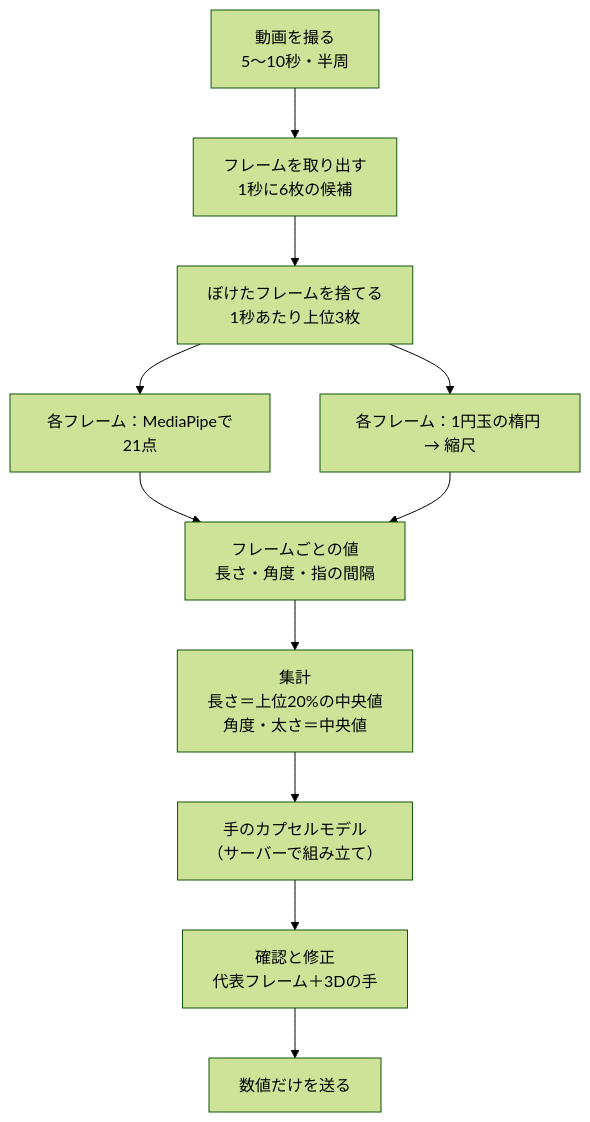
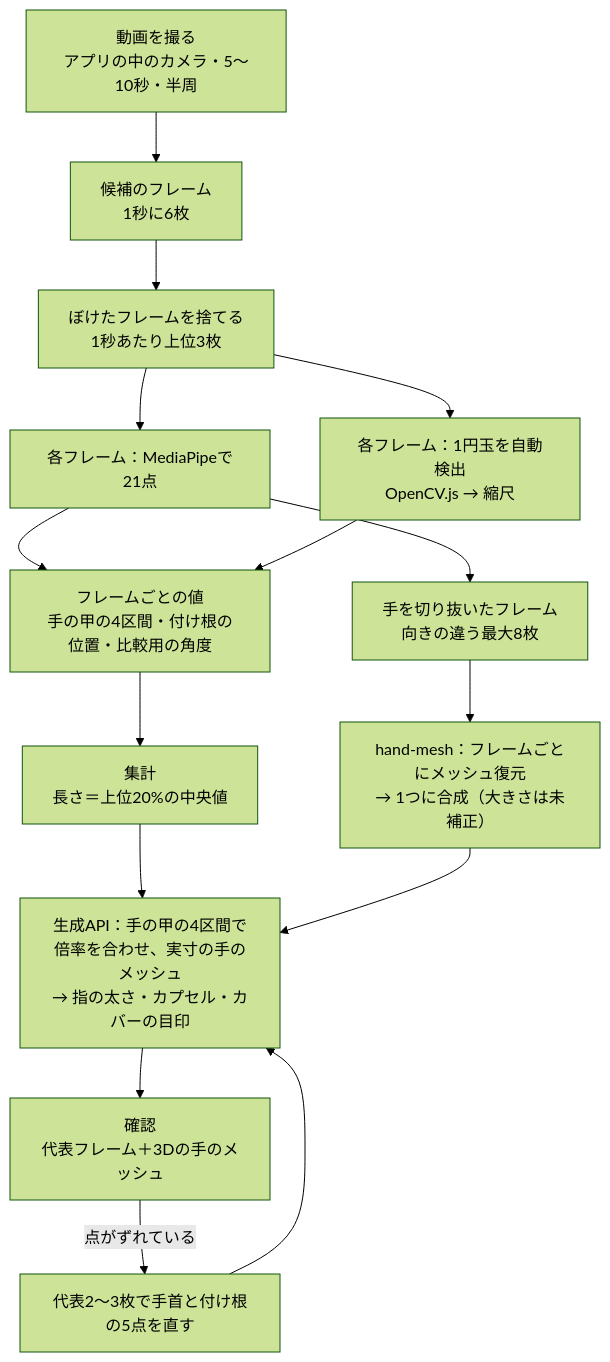
One commit to Devfest-Hackathon-2026/df-2026-t101 changed the first of 2 diagrams in docs/measurement.md. Above: the diagram before and after it, drawn with Mermaid (forest theme). The commit also changed other lines of this file and 21 other files, not shown here.

````diff
--- a/docs/measurement.md
+++ b/docs/measurement.md
@@ -16,12 +16,15 @@
 ```mermaid
 flowchart TD
-  A[動画を撮る<br/>5〜10秒・半周] --> B[フレームを取り出す<br/>1秒に6枚の候補]
+  A[動画を撮る<br/>アプリの中のカメラ・5〜10秒・半周] --> B[候補のフレーム<br/>1秒に6枚]
   B --> C[ぼけたフレームを捨てる<br/>1秒あたり上位3枚]
   C --> D[各フレーム：MediaPipeで21点]
-  C --> E[各フレーム：1円玉の楕円 → 縮尺]
-  D & E --> F[フレームごとの値<br/>長さ・角度・指の間隔]
-  F --> G[集計<br/>長さ＝上位20%の中央値<br/>角度・太さ＝中央値]
-  G --> H[手のカプセルモデル<br/>（サーバーで組み立て）]
-  H --> I[確認と修正<br/>代表フレーム＋3Dの手]
-  I --> J[数値だけを送る]
+  C --> E[各フレーム：1円玉を自動検出<br/>OpenCV.js → 縮尺]
+  D & E --> F[フレームごとの値<br/>手の甲の4区間・付け根の位置・比較用の角度]
+  F --> G[集計<br/>長さ＝上位20%の中央値]
+  D --> H[手を切り抜いたフレーム<br/>向きの違う最大8枚]
+  H --> I[hand-mesh：フレームごとにメッシュ復元<br/>→ 1つに合成（大きさは未補正）]
+  G & I --> J[生成API：手の甲の4区間で倍率を合わせ、実寸の手のメッシュ<br/>→ 指の太さ・カプセル・カバーの目印]
+  J --> K[確認<br/>代表フレーム＋3Dの手のメッシュ]
+  K -->|点がずれている| L[代表2〜3枚で手首と付け根の5点を直す]
+  L --> J
 ```
````
